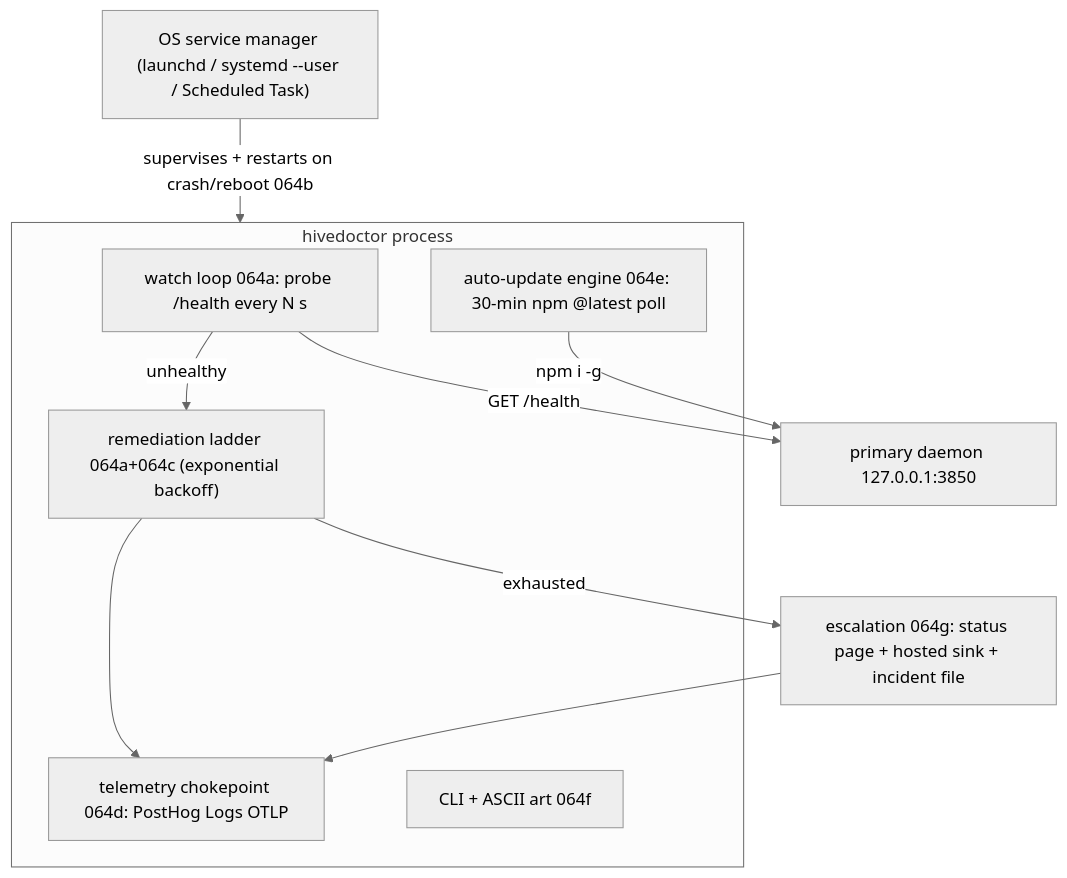
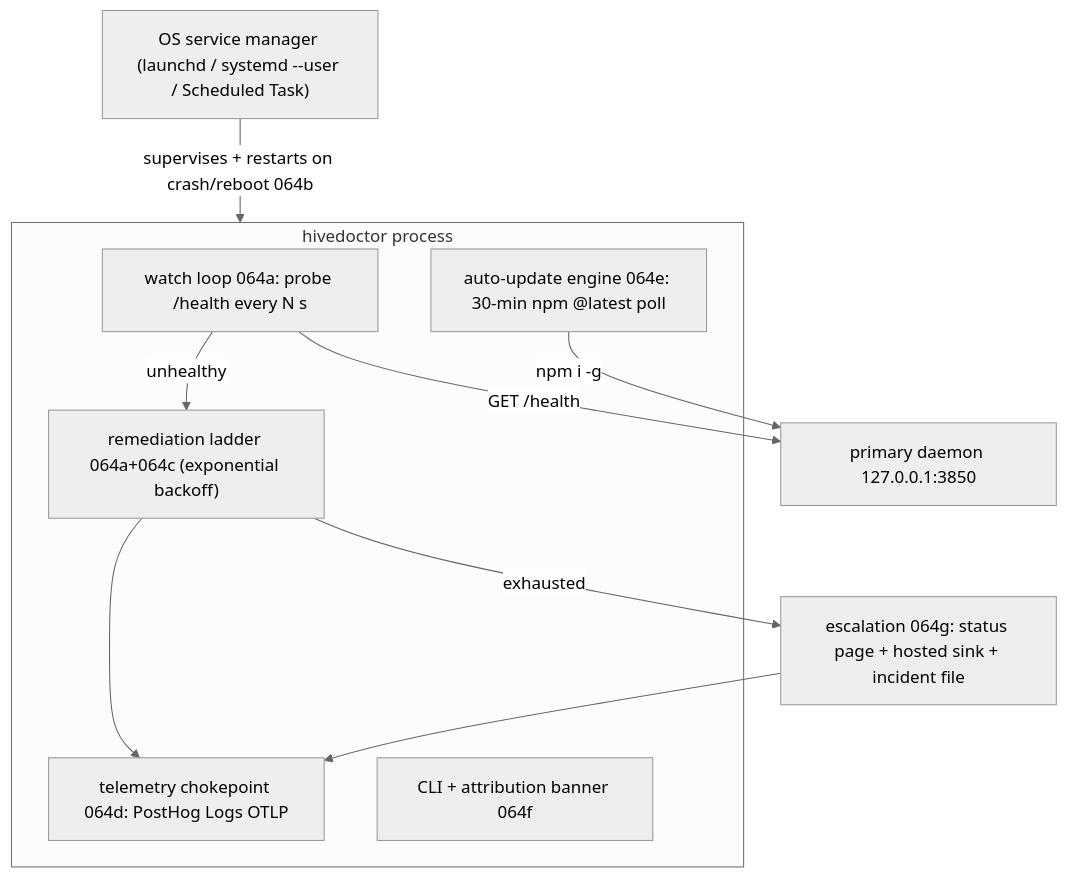
One commit to legioncodeinc/honeycomb changed the diagram in library/knowledge/private/operations/hivedoctor-watchdog.md. Above: the diagram before and after it, drawn with Mermaid (neutral theme). The commit also changed other lines of this file, not shown here.

````diff
--- a/library/knowledge/private/operations/hivedoctor-watchdog.md
+++ b/library/knowledge/private/operations/hivedoctor-watchdog.md
@@ -37,16 +37,16 @@
 ```mermaid
 flowchart TD
     os["OS service manager (launchd / systemd --user / Scheduled Task)"] -->|supervises + restarts on crash/reboot 064b| hd
     subgraph hd[hivedoctor process]
         loop["watch loop 064a: probe /health every N s"] -->|unhealthy| ladder
         ladder["remediation ladder 064a+064c (exponential backoff)"]
         update["auto-update engine 064e: 30-min npm @latest poll"]
         tel["telemetry chokepoint 064d: PostHog Logs OTLP"]
-        cli["CLI + ASCII art 064f"]
+        cli["CLI + attribution banner 064f"]
     end
     loop -->|GET /health| daemon["primary daemon 127.0.0.1:3850"]
     ladder -->|exhausted| esc["escalation 064g: status page + hosted sink + incident file"]
     update -->|npm i -g| daemon
     ladder --> tel
     esc --> tel
 ```
````
